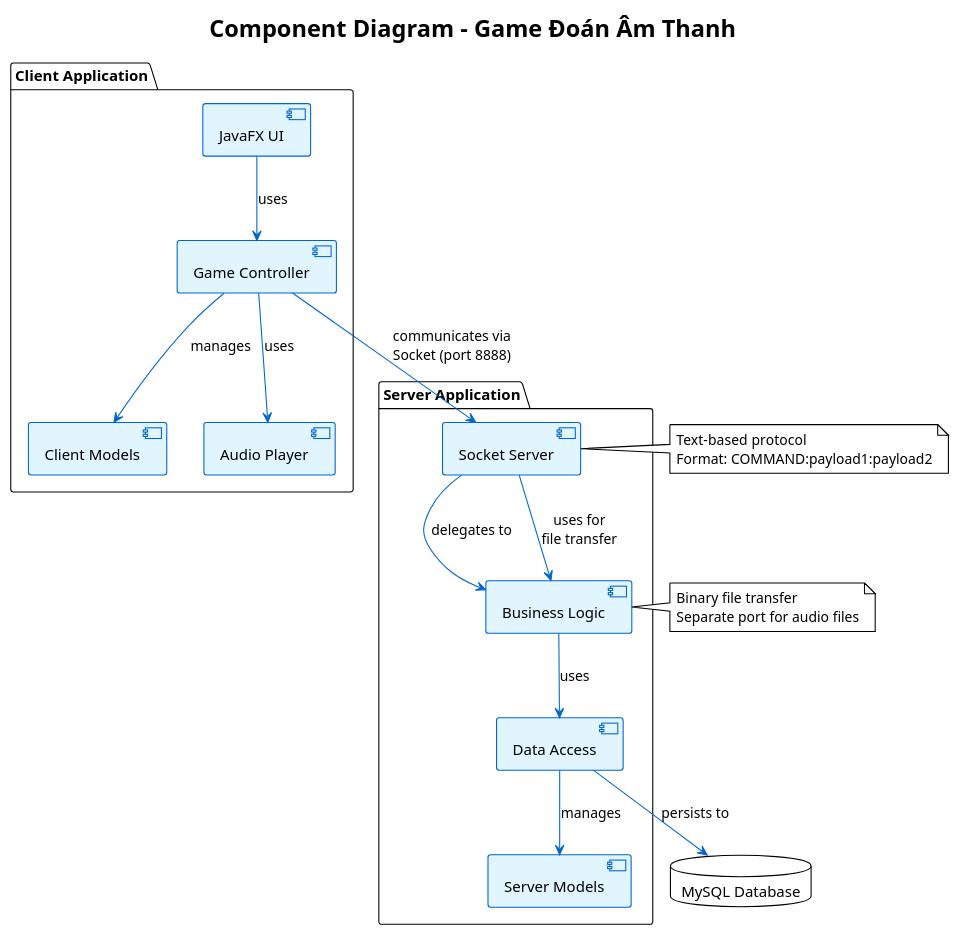
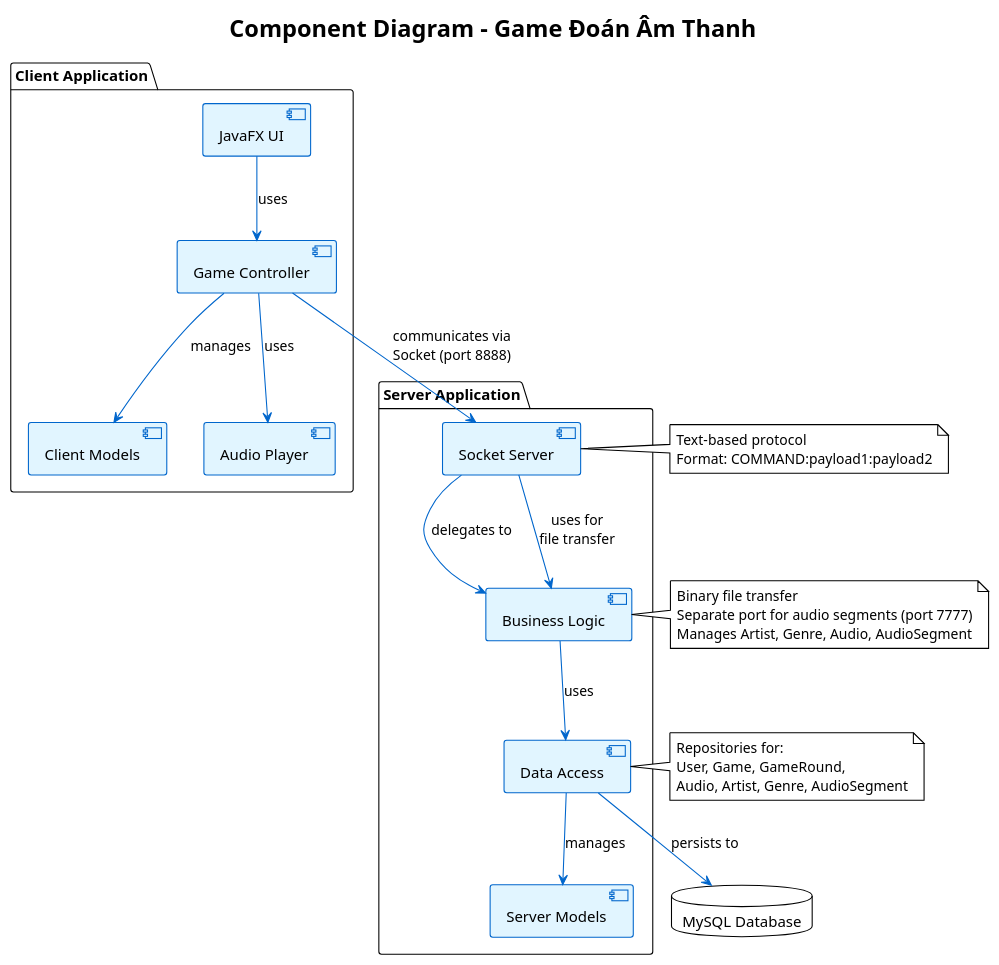
Before and after one commit to ProMeX04/LTM: the diagram in docs/plantuml/component_diagram.puml, drawn with PlantUML. The commit also changed 38 other files, not shown here.

```diff
--- a/docs/plantuml/component_diagram.puml
+++ b/docs/plantuml/component_diagram.puml
@@ -1,50 +1,57 @@
 @startuml Component Diagram
 !theme plain
 skinparam backgroundColor #FFFFFF
 skinparam component {
   BackgroundColor #E1F5FF
   BorderColor #0066CC
   ArrowColor #0066CC
 }
 
 title Component Diagram - Game Đoán Âm Thanh
 
 package "Client Application" {
   component [JavaFX UI] as UI
   component [Game Controller] as Controller
   component [Client Models] as ClientModels
   component [Audio Player] as AudioPlayer
 }
 
 package "Server Application" {
   component [Socket Server] as SocketServer
   component [Business Logic] as BusinessLogic
   component [Data Access] as DataAccess
   component [Server Models] as ServerModels
 }
 
 database "MySQL Database" as Database
 
 UI --> Controller : uses
 Controller --> ClientModels : manages
 Controller --> AudioPlayer : uses
 Controller --> SocketServer : communicates via\nSocket (port 8888)
 
 SocketServer --> BusinessLogic : delegates to
 BusinessLogic --> DataAccess : uses
 DataAccess --> ServerModels : manages
 DataAccess --> Database : persists to
 
 SocketServer --> BusinessLogic : uses for\nfile transfer
 
 note right of SocketServer
   Text-based protocol
   Format: COMMAND:payload1:payload2
 end note
 
 note right of BusinessLogic
   Binary file transfer
-  Separate port for audio files
+  Separate port for audio segments (port 7777)
+  Manages Artist, Genre, Audio, AudioSegment
+end note
+
+note right of DataAccess
+  Repositories for:
+  User, Game, GameRound,
+  Audio, Artist, Genre, AudioSegment
 end note
 
 @enduml
```
